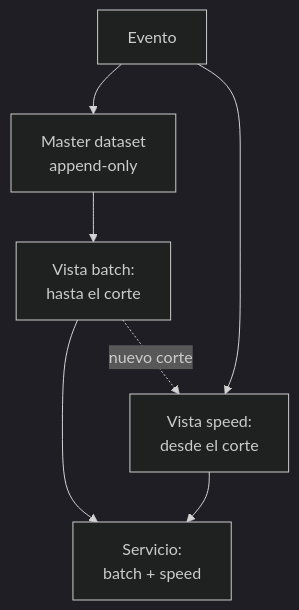
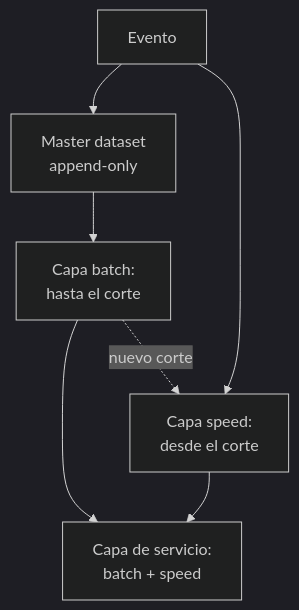
The second of 3 diagrams in content/architectures/lambda-architecture.md (fcp4891/de-knowledge-hub), drawn with Mermaid (dark theme) before and after one commit. The commit also changed other lines of this file and 13 other files, not shown here.

````diff
--- a/content/architectures/lambda-architecture.md
+++ b/content/architectures/lambda-architecture.md
@@ -116,9 +116,9 @@
 ```mermaid
 flowchart TB
   E["Evento"] --> M["Master dataset<br/>append-only"]
-  E --> S["Vista speed:<br/>desde el corte"]
-  M --> B["Vista batch:<br/>hasta el corte"]
-  B --> Q["Servicio:<br/>batch + speed"]
+  E --> S["Capa speed:<br/>desde el corte"]
+  M --> B["Capa batch:<br/>hasta el corte"]
+  B --> Q["Capa de servicio:<br/>batch + speed"]
   S --> Q
   B -. "nuevo corte" .-> S
 ```
````
